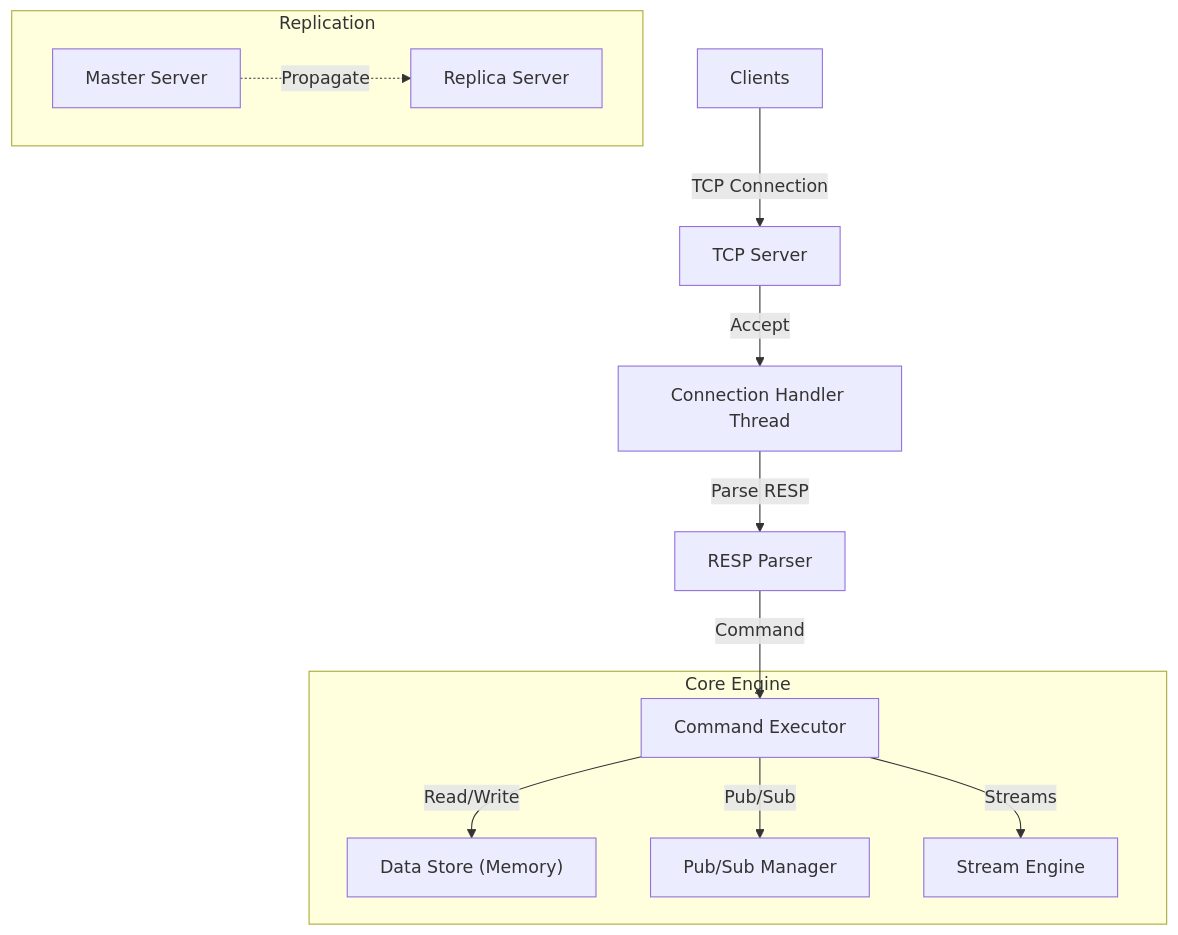
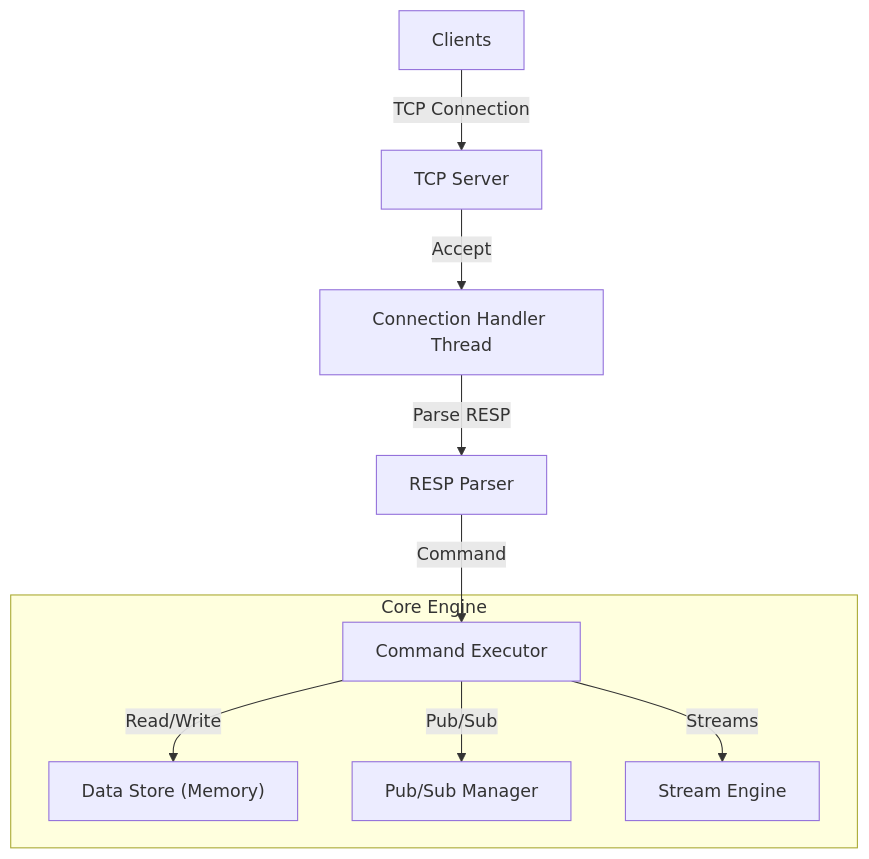
Before and after one commit to alwaysvivek/redis-python: the first of 2 diagrams in docs/ARCHITECTURE.md, drawn with Mermaid. The commit also changed other lines of this file and 5 other files, not shown here.

````diff
--- a/docs/ARCHITECTURE.md
+++ b/docs/ARCHITECTURE.md
@@ -11,17 +11,15 @@
 ```mermaid
 graph TD
     Clients[Clients] -->|TCP Connection| Server[TCP Server]
     Server -->|Accept| ConnectionHandler[Connection Handler Thread]
     ConnectionHandler -->|Parse RESP| Parser[RESP Parser]
     Parser -->|Command| Executor[Command Executor]
     
     subgraph "Core Engine"
         Executor -->|Read/Write| DataStore["Data Store (Memory)"]
         Executor -->|Pub/Sub| PubSub[Pub/Sub Manager]
         Executor -->|Streams| StreamEngine[Stream Engine]
     end
     
-    subgraph "Replication"
-        Master[Master Server] -.->|Propagate| Replica[Replica Server]
-    end
+
 ```
````
